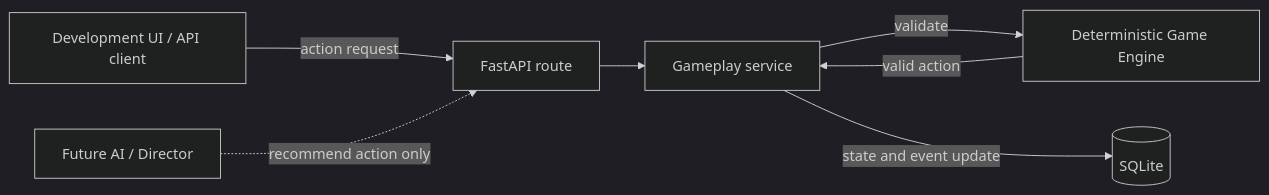
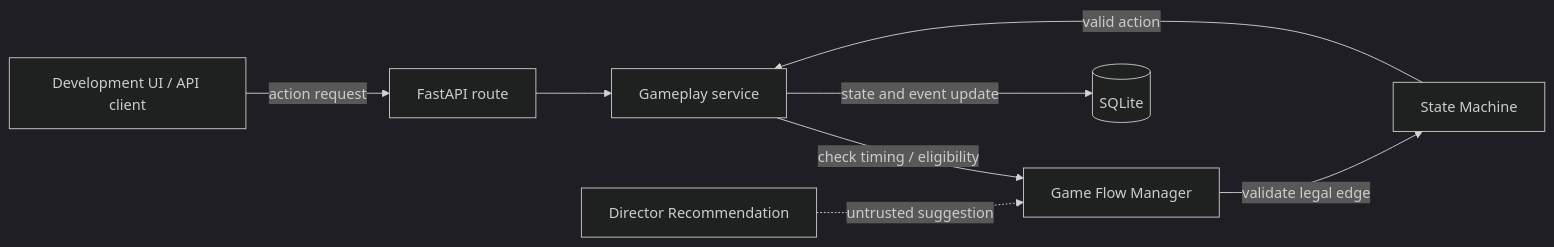
Before and after one commit to leerenxunlll/ollama-project: the third of 7 diagrams in dify-project/docs/architecture.md, drawn with Mermaid (dark theme). The commit also changed other lines of this file and 33 other files, not shown here.

````diff
--- a/dify-project/docs/architecture.md
+++ b/dify-project/docs/architecture.md
@@ -75,9 +88,10 @@
 ```mermaid
 flowchart LR
     Client[Development UI / API client] -->|action request| API[FastAPI route]
     API --> Service[Gameplay service]
-    Service -->|validate| Engine[Deterministic Game Engine]
+    Service -->|check timing / eligibility| Flow[Game Flow Manager]
+    Flow -->|validate legal edge| Engine[State Machine]
     Engine -->|valid action| Service
     Service -->|state and event update| DB[(SQLite)]
-    FutureAI[Future AI / Director] -.->|recommend action only| API
+    Director[Director Recommendation] -.->|untrusted suggestion| Flow
 ```
````
